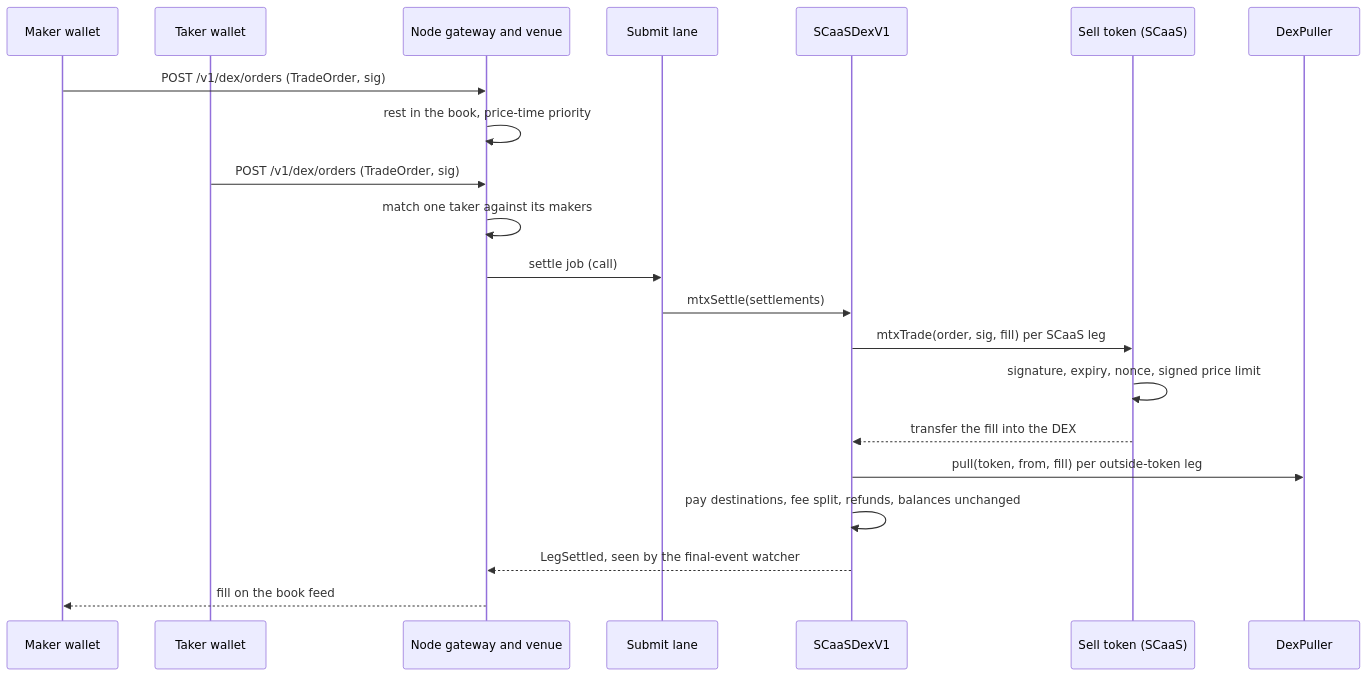
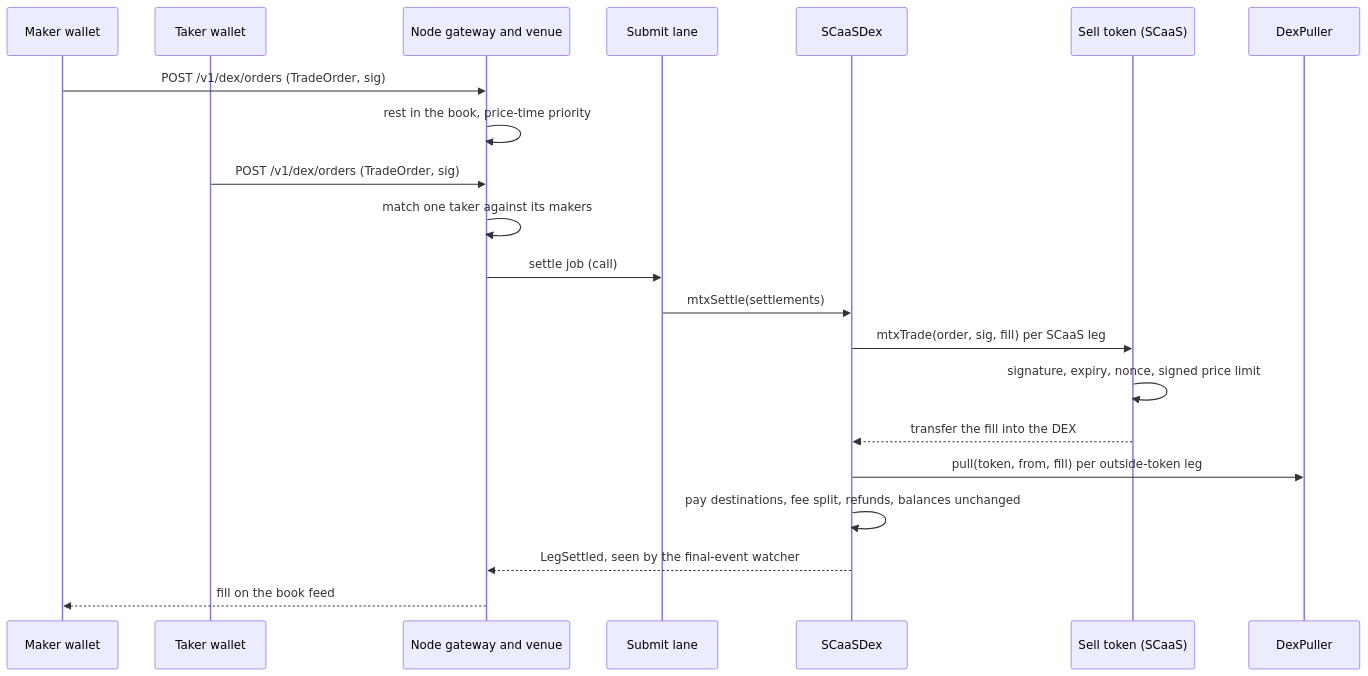
One commit to dinhduongha/scaas changed the ninth of 12 diagrams in docs/architecture.md. Above: the diagram before and after it, drawn with Mermaid. The commit also changed 20 other files, not shown here.

````diff
--- a/docs/architecture.md
+++ b/docs/architecture.md
@@ -684,23 +684,23 @@
 ```mermaid
 sequenceDiagram
     participant MK as Maker wallet
     participant TK as Taker wallet
     participant VEN as Node gateway and venue
     participant LANE as Submit lane
-    participant DEX as SCaaSDexV1
+    participant DEX as SCaaSDex
     participant ST as Sell token (SCaaS)
     participant PUL as DexPuller
     MK->>VEN: POST /v1/dex/orders (TradeOrder, sig)
     VEN->>VEN: rest in the book, price-time priority
     TK->>VEN: POST /v1/dex/orders (TradeOrder, sig)
     VEN->>VEN: match one taker against its makers
     VEN->>LANE: settle job (call)
     LANE->>DEX: mtxSettle(settlements)
     DEX->>ST: mtxTrade(order, sig, fill) per SCaaS leg
     ST->>ST: signature, expiry, nonce, signed price limit
     ST-->>DEX: transfer the fill into the DEX
     DEX->>PUL: pull(token, from, fill) per outside-token leg
     DEX->>DEX: pay destinations, fee split, refunds, balances unchanged
     DEX-->>VEN: LegSettled, seen by the final-event watcher
     VEN-->>MK: fill on the book feed
 ```
````
